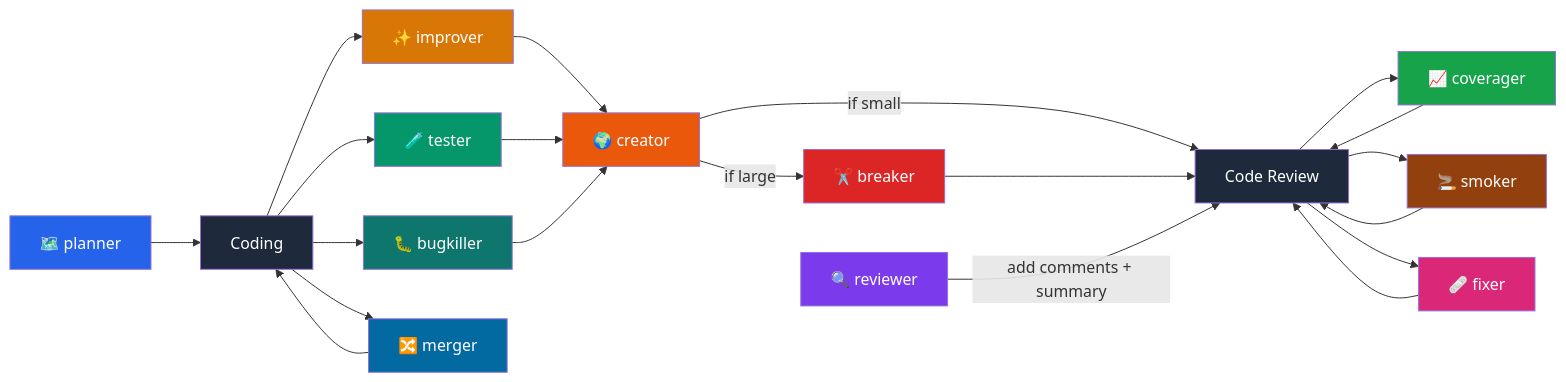
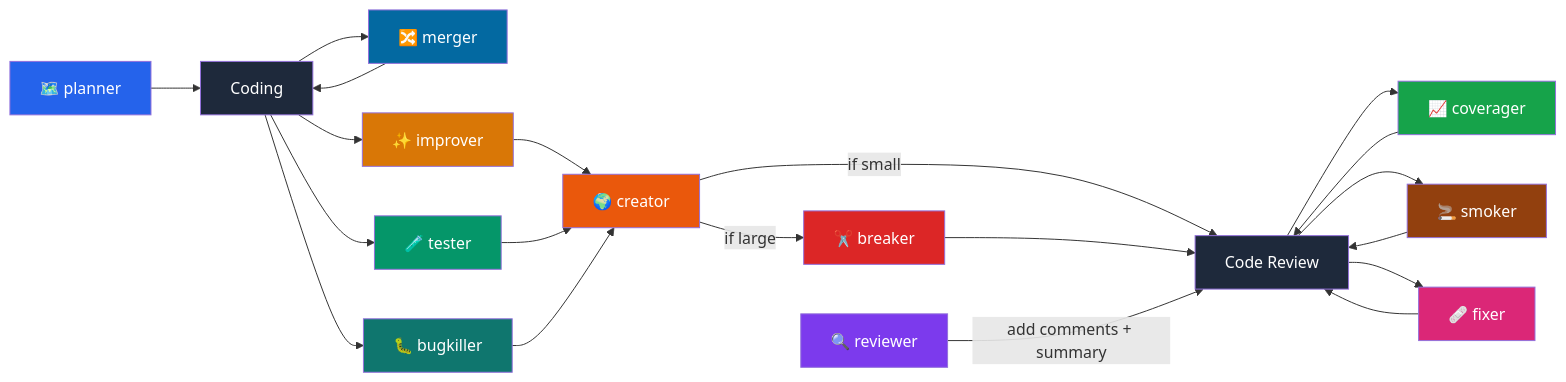
Before and after one commit to Victorcorcos/skills: the diagram in README.md, drawn with Mermaid. The commit also changed other lines of this file, not shown here.

Commit message:
Fix mermaid chart

````diff
--- a/README.md
+++ b/README.md
@@ -60,36 +60,36 @@
 ```mermaid
 flowchart LR
     A[🗺️ planner] --> B[Coding]
+    B --> M[🔀 merger]
+    M --> B
     B --> C[✨ improver]
     B --> D[🧪 tester]
     C --> E[🌍 creator]
     D --> E[🌍 creator]
     E -->|if small| F[Code Review]
     E -->|if large| G[✂️ breaker]
     G --> F
     I[🔍 reviewer] -->|add comments + summary| F
     F --> J[📈 coverager]
     J --> F
     F --> L[🚬 smoker]
     L --> F
     F --> H[🩹 fixer]
     H --> F
     B --> K[🐛 bugkiller]
     K --> E
-    B --> M[🔀 merger]
-    M --> B
 
     style A fill:#2563EB,color:#fff
     style C fill:#D97706,color:#fff
     style D fill:#059669,color:#fff
     style E fill:#EA580C,color:#fff
     style F fill:#1e293b,color:#fff
     style G fill:#DC2626,color:#fff
     style H fill:#DB2777,color:#fff
     style I fill:#7C3AED,color:#fff
     style J fill:#16a34a,color:#fff
     style K fill:#0f766e,color:#fff
     style L fill:#92400e,color:#fff
     style M fill:#0369a1,color:#fff
     style B fill:#1e293b,color:#fff
 ```
````
